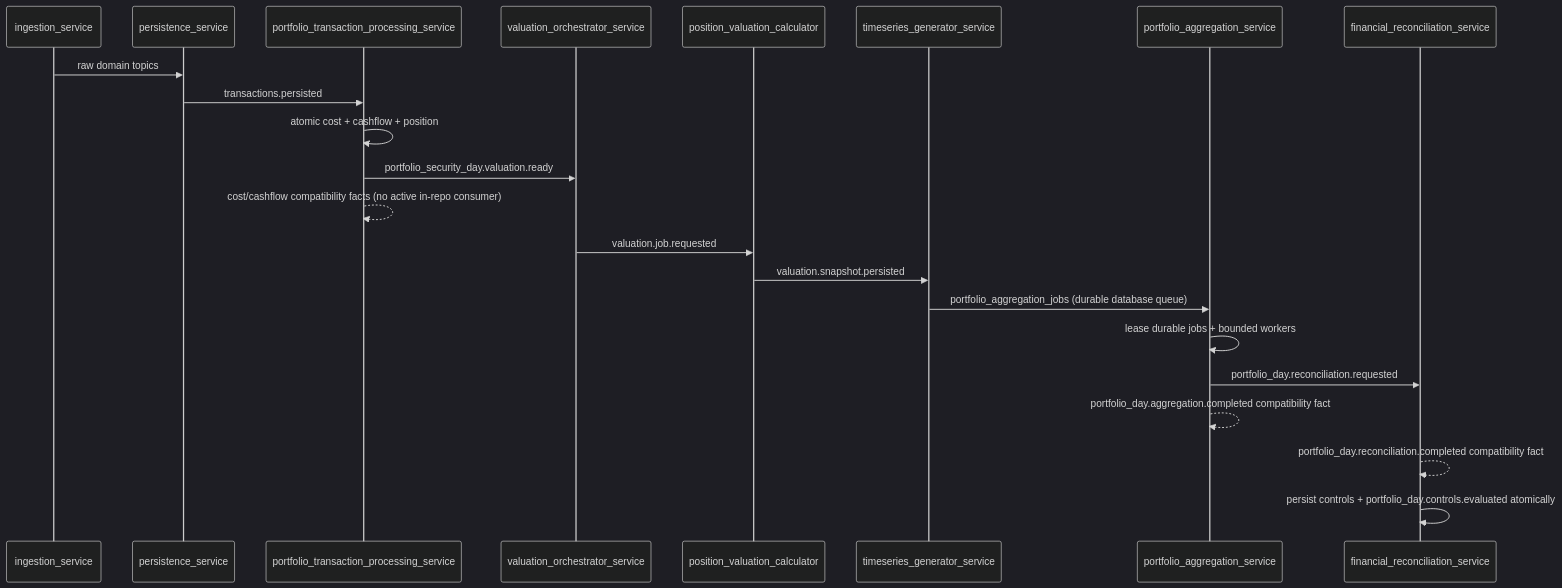
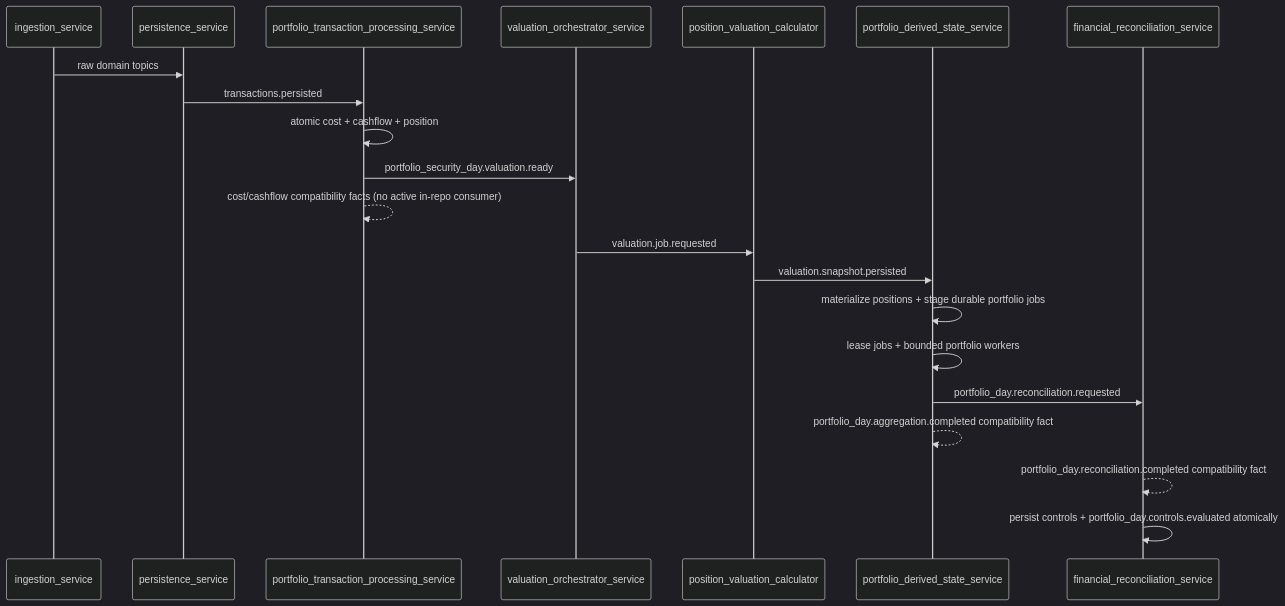
The third of 3 diagrams in docs/architecture/current-state-architecture-map.md (sgajbi/lotus-core), drawn with Mermaid (dark theme) before and after one commit. The commit also changed other lines of this file and 27 other files, not shown here.

````diff
--- a/docs/architecture/current-state-architecture-map.md
+++ b/docs/architecture/current-state-architecture-map.md
@@ -172,25 +173,24 @@
 ```mermaid
 sequenceDiagram
     participant Ingest as ingestion_service
     participant Persist as persistence_service
     participant Txn as portfolio_transaction_processing_service
     participant ValOrch as valuation_orchestrator_service
     participant Val as position_valuation_calculator
-    participant Ts as timeseries_generator_service
-    participant Agg as portfolio_aggregation_service
+    participant Derived as portfolio_derived_state_service
     participant Recon as financial_reconciliation_service
 
     Ingest->>Persist: raw domain topics
     Persist->>Txn: transactions.persisted
     Txn->>Txn: atomic cost + cashflow + position
     Txn->>ValOrch: portfolio_security_day.valuation.ready
     Txn-->>Txn: cost/cashflow compatibility facts (no active in-repo consumer)
     ValOrch->>Val: valuation.job.requested
-    Val->>Ts: valuation.snapshot.persisted
-    Ts->>Agg: portfolio_aggregation_jobs (durable database queue)
-    Agg->>Agg: lease durable jobs + bounded workers
-    Agg->>Recon: portfolio_day.reconciliation.requested
-    Agg-->>Agg: portfolio_day.aggregation.completed compatibility fact
+    Val->>Derived: valuation.snapshot.persisted
+    Derived->>Derived: materialize positions + stage durable portfolio jobs
+    Derived->>Derived: lease jobs + bounded portfolio workers
+    Derived->>Recon: portfolio_day.reconciliation.requested
+    Derived-->>Derived: portfolio_day.aggregation.completed compatibility fact
     Recon-->>Recon: portfolio_day.reconciliation.completed compatibility fact
     Recon->>Recon: persist controls + portfolio_day.controls.evaluated atomically
 ```
````
